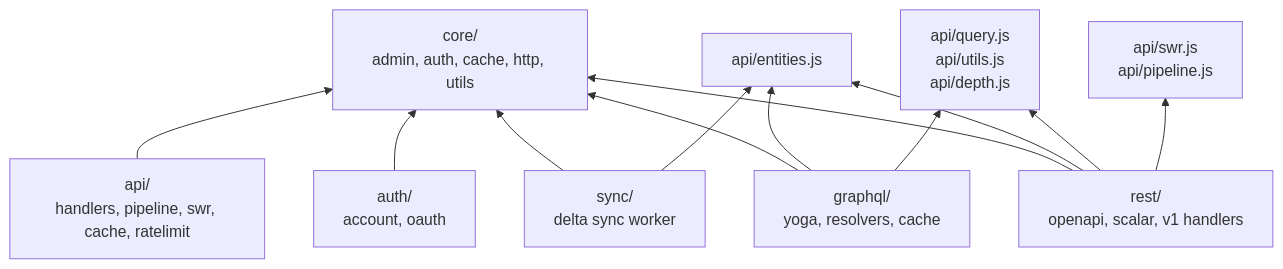
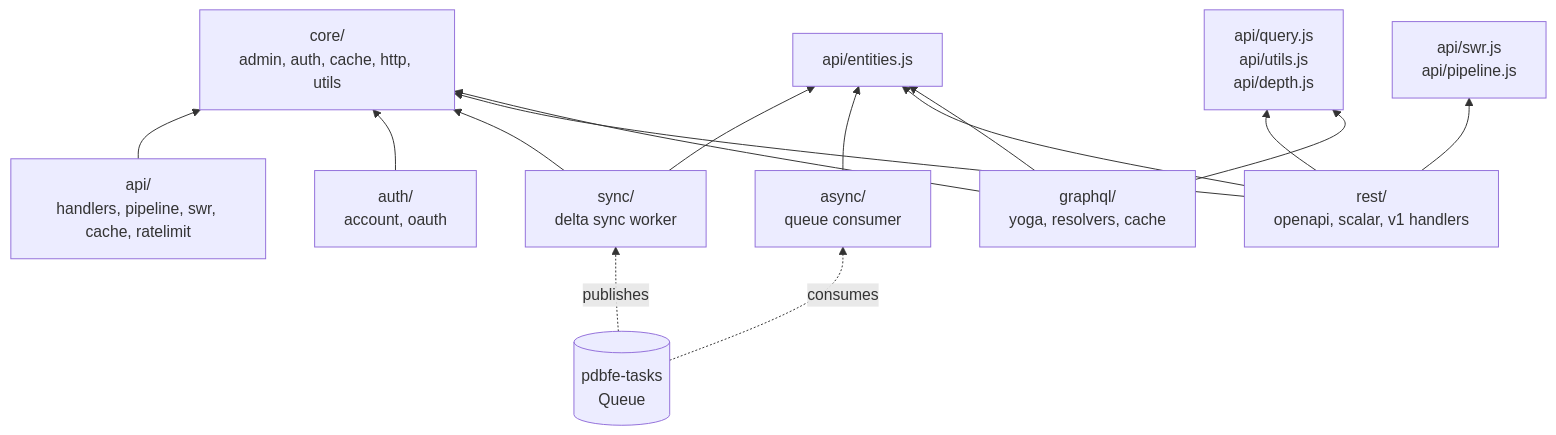
One commit to remcovanmook/pdbfe changed the second of 2 diagrams in workers/index.md. Above: the diagram before and after it, drawn with Mermaid. The commit also changed other lines of this file and 1 other file, not shown here.

First line of the commit message:
docs: update workers documentation for pdbfe-async and sync cleanup

````diff
--- a/workers/index.md
+++ b/workers/index.md
@@ -37,15 +37,18 @@
 ```mermaid
 graph BT
     CORE["core/<br/>admin, auth, cache, http, utils"] 
     API["api/<br/>handlers, pipeline, swr, cache, ratelimit"] --> CORE
     AUTH_W["auth/<br/>account, oauth"] --> CORE
     SYNC["sync/<br/>delta sync worker"] --> CORE
     SYNC --> API_ENT["api/entities.js"]
+    ASYNC["async/<br/>queue consumer"] --> API_ENT
     REST["rest/<br/>openapi, scalar, v1 handlers"] --> CORE
     REST --> API_ENT
     REST --> API_Q["api/query.js<br/>api/utils.js<br/>api/depth.js"]
     REST --> API_SWR["api/swr.js<br/>api/pipeline.js"]
     GQL["graphql/<br/>yoga, resolvers, cache"] --> CORE
     GQL --> API_ENT
     GQL --> API_Q
+    QUEUE[("pdbfe-tasks<br/>Queue")] -.->|publishes| SYNC
+    QUEUE -.->|consumes| ASYNC
 ```
````
